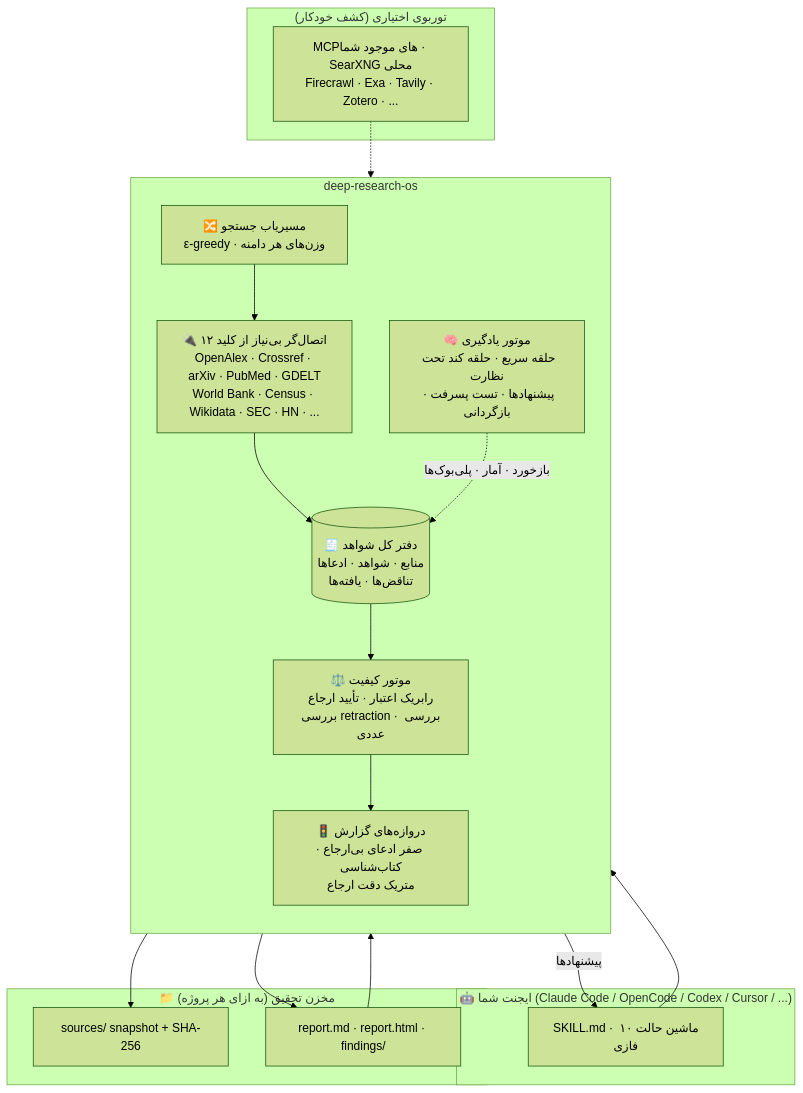
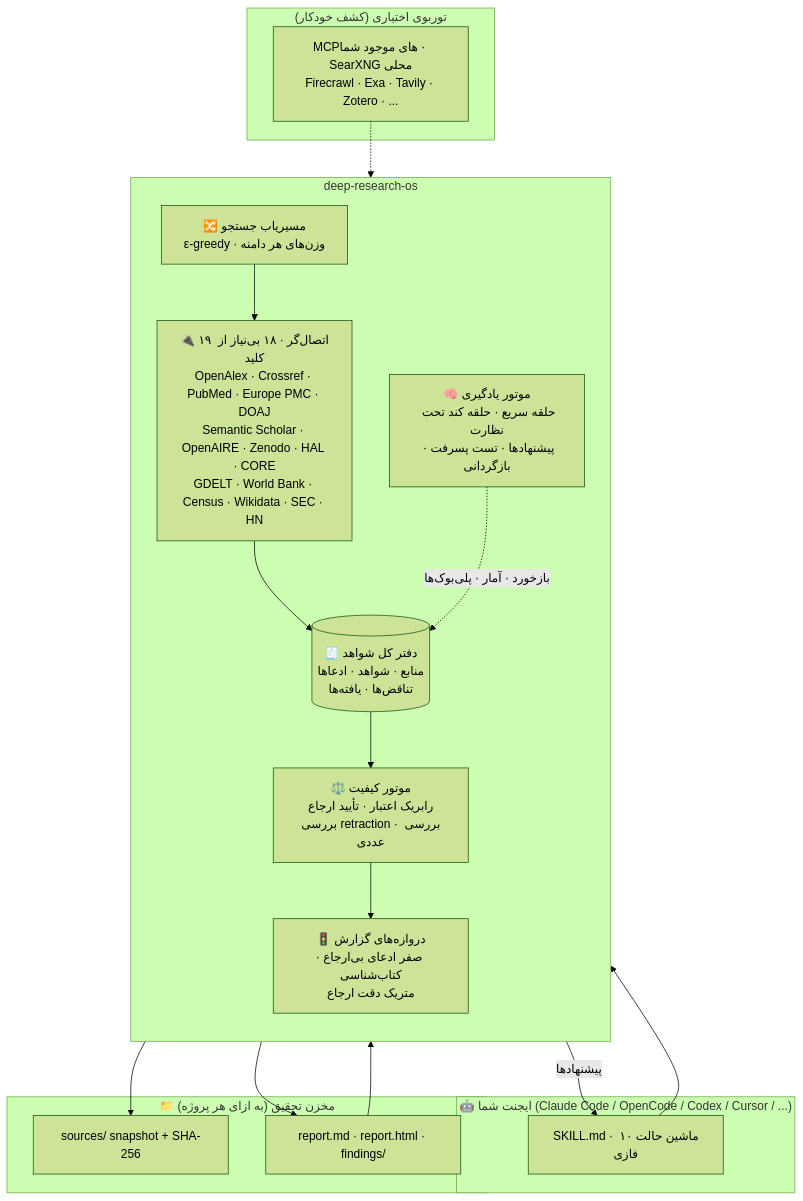
One commit to NarimanKhaleghi/deep-research-os changed the diagram in README.fa.md. Above: the diagram before and after it, drawn with Mermaid (forest theme). The commit also changed other lines of this file and 67 other files, not shown here.

````diff
--- a/README.fa.md
+++ b/README.fa.md
@@ -88,32 +88,32 @@
 ```mermaid
 flowchart TB
     subgraph Agent["🤖 ایجنت شما (Claude Code / OpenCode / Codex / Cursor / ...)"]
         SK["SKILL.md · ماشین حالت ۱۰ فازی"]
     end
 
     subgraph DROS["deep-research-os"]
         direction TB
         ROUTER["🔀 مسیریاب جستجو<br/>ε-greedy · وزن‌های هر دامنه"]
-        CONN["🔌 ۱۲ اتصال‌گر بی‌نیاز از کلید<br/>OpenAlex · Crossref · arXiv · PubMed · GDELT<br/>World Bank · Census · Wikidata · SEC · HN · ..."]
+        CONN["🔌 ۱۹ اتصال‌گر · ۱۸ بی‌نیاز از کلید<br/>OpenAlex · Crossref · PubMed · Europe PMC · DOAJ<br/>Semantic Scholar · OpenAIRE · Zenodo · HAL · CORE<br/>GDELT · World Bank · Census · Wikidata · SEC · HN"]
         LEDGER[("🧾 دفتر کل شواهد<br/>منابع · شواهد · ادعاها<br/>تناقض‌ها · یافته‌ها")]
         QUAL["⚖️ موتور کیفیت<br/>رابریک اعتبار · تأیید ارجاع<br/>بررسی retraction · بررسی عددی"]
         GATE["🚦 دروازه‌های گزارش<br/>صفر ادعای بی‌ارجاع · کتاب‌شناسی<br/>متریک دقت ارجاع"]
         LEARN["🧠 موتور یادگیری<br/>حلقه سریع · حلقه کند تحت نظارت<br/>پیشنهادها · تست پسرفت · بازگردانی"]
     end
 
     subgraph EXT["توربوی اختیاری (کشف خودکار)"]
         MCP["MCPهای موجود شما · SearXNG محلی<br/>Firecrawl · Exa · Tavily · Zotero · ..."]
     end
 
     subgraph VAULT["📁 مخزن تحقیق (به ازای هر پروژه)"]
         SNAP["sources/ snapshot + SHA-256"]
         REPORTS["report.md · report.html · findings/"]
     end
 
     SK --> ROUTER --> CONN --> LEDGER
     MCP -.-> ROUTER
     LEDGER --> QUAL --> GATE --> REPORTS
     LEDGER --> SNAP
     REPORTS --> LEARN -->|پیشنهادها| SK
     LEARN -.->|"بازخورد · آمار · پلی‌بوک‌ها"| LEDGER
 ```
````
